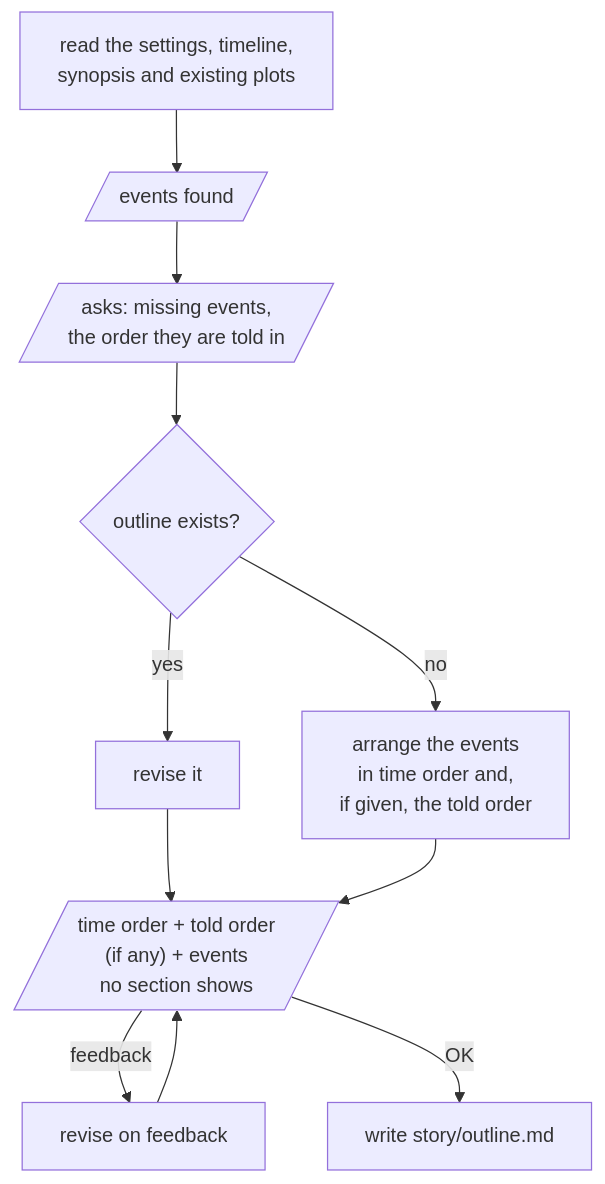
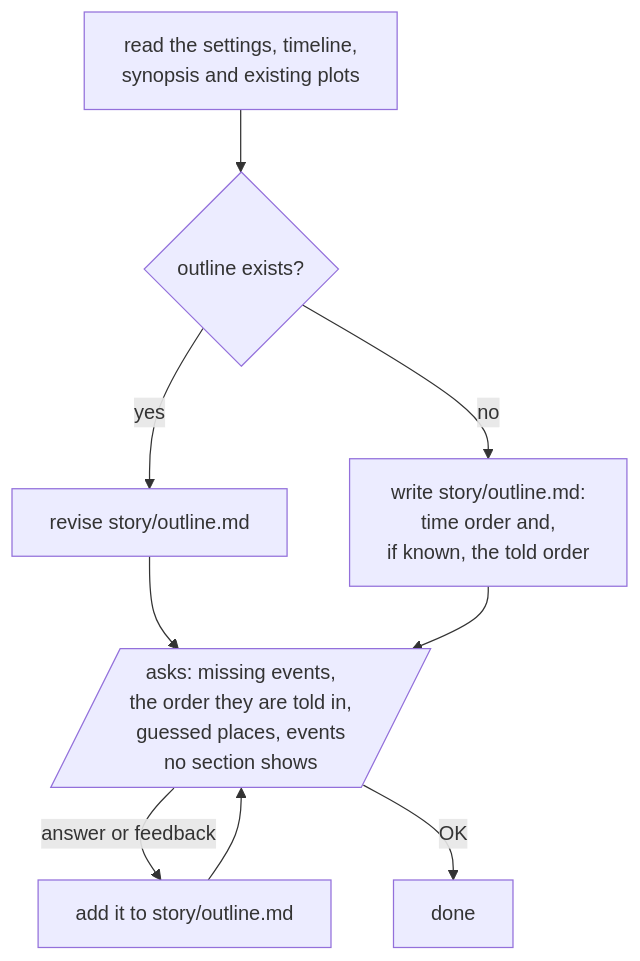
The diagram in shared/skills/outline/README.md (omni-stove/skill-kit), drawn with Mermaid before and after one commit. The commit also changed other lines of this file and 3 other files, not shown here.

````diff
--- a/shared/skills/outline/README.md
+++ b/shared/skills/outline/README.md
@@ -7,14 +9,12 @@
 ```mermaid
 flowchart TD
   read[read the settings, timeline,<br/>synopsis and existing plots]
-  read --> list[/events found/]
-  list --> ask[/"asks: missing events,<br/>the order they are told in"/]
-  ask --> exists{outline exists?}
-  exists -- "yes" --> revise[revise it]
-  exists -- "no" --> draft[arrange the events<br/>in time order and,<br/>if given, the told order]
-  revise --> show
-  draft --> show[/"time order + told order<br/>(if any) + events<br/>no section shows"/]
-  show -- "feedback" --> fix[revise on feedback]
-  fix --> show
-  show -- "OK" --> write[write story/outline.md]
+  read --> exists{outline exists?}
+  exists -- "yes" --> revise[revise story/outline.md]
+  exists -- "no" --> draft[write story/outline.md:<br/>time order and,<br/>if known, the told order]
+  revise --> ask
+  draft --> ask[/"asks: missing events,<br/>the order they are told in,<br/>guessed places, events<br/>no section shows"/]
+  ask -- "answer or feedback" --> fix[add it to story/outline.md]
+  fix --> ask
+  ask -- "OK" --> done[done]
 ```
````
